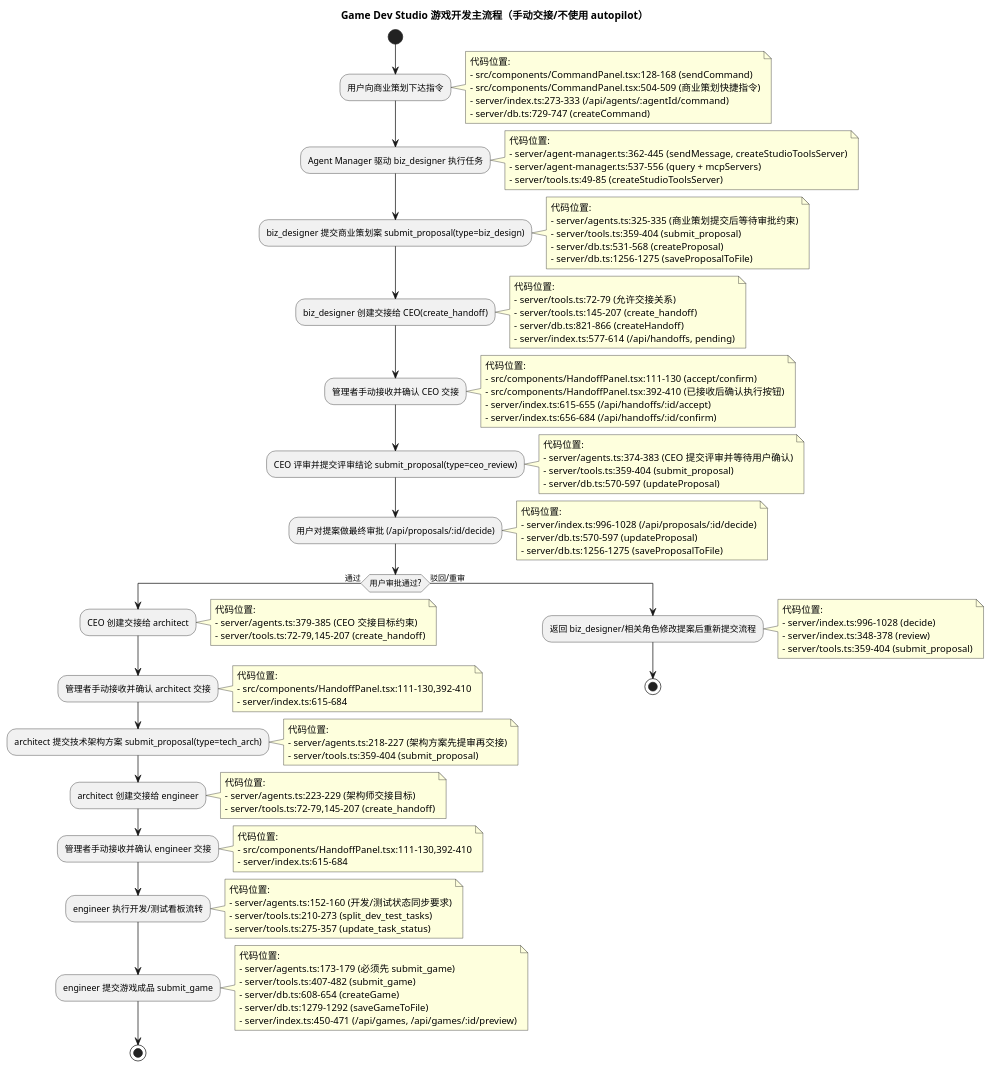
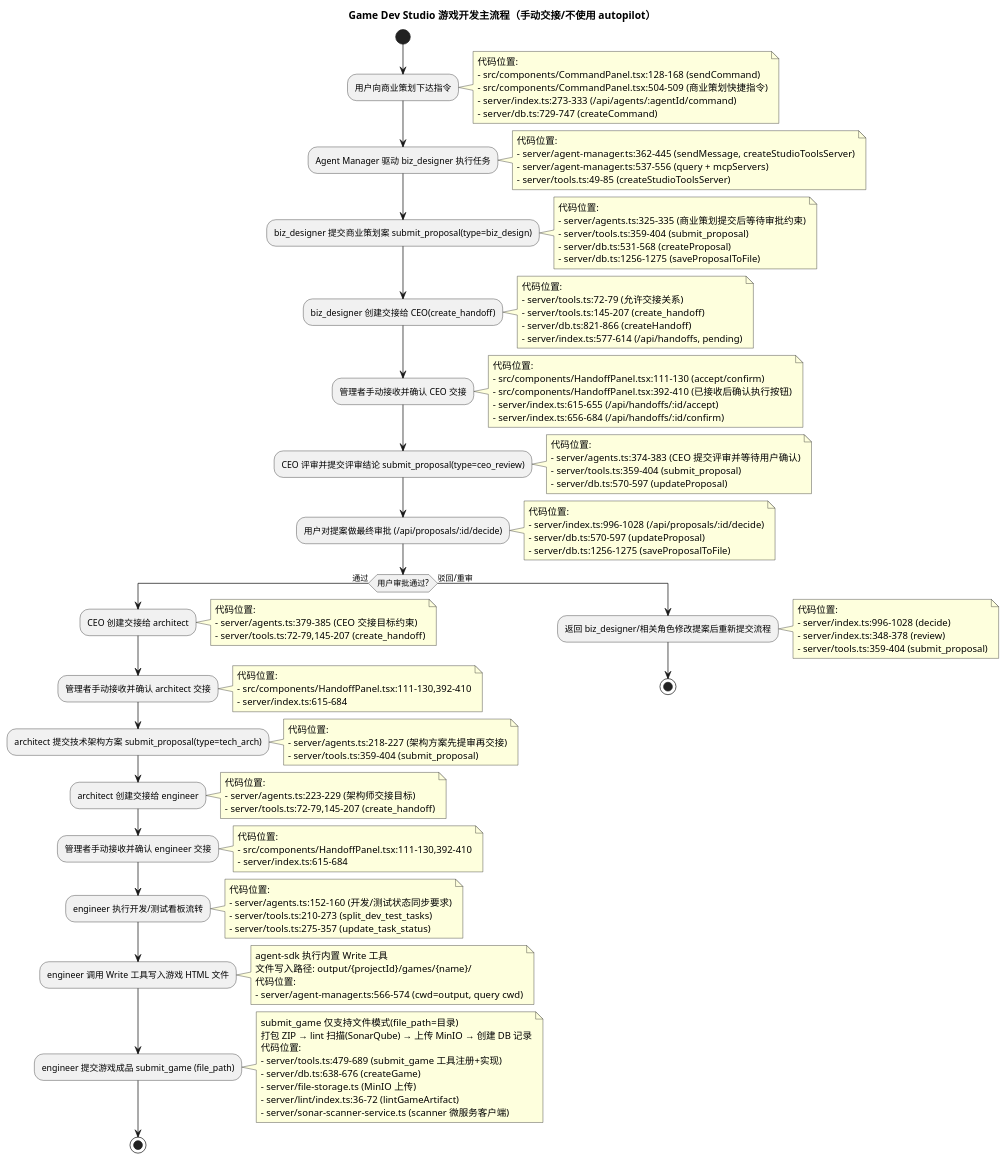
Before and after one commit to luoxiaojun1992/game-studio: the diagram in .agent/diagrams/game-dev-main-flow-manual-handoff.puml, drawn with PlantUML. The commit also changed 5 other files, not shown here.

Commit message:
docs: align architecture docs and diagrams with file-only submit_game and removed checkers

```diff
--- a/.agent/diagrams/game-dev-main-flow-manual-handoff.puml
+++ b/.agent/diagrams/game-dev-main-flow-manual-handoff.puml
@@ -1,132 +1,142 @@
 @startuml
 title Game Dev Studio 游戏开发主流程（手动交接/不使用 autopilot）
 
 start
 
 :用户向商业策划下达指令;
 note right
   代码位置:
   - src/components/CommandPanel.tsx:128-168 (sendCommand)
   - src/components/CommandPanel.tsx:504-509 (商业策划快捷指令)
   - server/index.ts:273-333 (/api/agents/:agentId/command)
   - server/db.ts:729-747 (createCommand)
 end note
 
 :Agent Manager 驱动 biz_designer 执行任务;
 note right
   代码位置:
   - server/agent-manager.ts:362-445 (sendMessage, createStudioToolsServer)
   - server/agent-manager.ts:537-556 (query + mcpServers)
   - server/tools.ts:49-85 (createStudioToolsServer)
 end note
 
 :biz_designer 提交商业策划案 submit_proposal(type=biz_design);
 note right
   代码位置:
   - server/agents.ts:325-335 (商业策划提交后等待审批约束)
   - server/tools.ts:359-404 (submit_proposal)
   - server/db.ts:531-568 (createProposal)
   - server/db.ts:1256-1275 (saveProposalToFile)
 end note
 
 :biz_designer 创建交接给 CEO(create_handoff);
 note right
   代码位置:
   - server/tools.ts:72-79 (允许交接关系)
   - server/tools.ts:145-207 (create_handoff)
   - server/db.ts:821-866 (createHandoff)
   - server/index.ts:577-614 (/api/handoffs, pending)
 end note
 
 :管理者手动接收并确认 CEO 交接;
 note right
   代码位置:
   - src/components/HandoffPanel.tsx:111-130 (accept/confirm)
   - src/components/HandoffPanel.tsx:392-410 (已接收后确认执行按钮)
   - server/index.ts:615-655 (/api/handoffs/:id/accept)
   - server/index.ts:656-684 (/api/handoffs/:id/confirm)
 end note
 
 :CEO 评审并提交评审结论 submit_proposal(type=ceo_review);
 note right
   代码位置:
   - server/agents.ts:374-383 (CEO 提交评审并等待用户确认)
   - server/tools.ts:359-404 (submit_proposal)
   - server/db.ts:570-597 (updateProposal)
 end note
 
 :用户对提案做最终审批 (/api/proposals/:id/decide);
 note right
   代码位置:
   - server/index.ts:996-1028 (/api/proposals/:id/decide)
   - server/db.ts:570-597 (updateProposal)
   - server/db.ts:1256-1275 (saveProposalToFile)
 end note
 
 if (用户审批通过?) then (通过)
   :CEO 创建交接给 architect;
   note right
     代码位置:
     - server/agents.ts:379-385 (CEO 交接目标约束)
     - server/tools.ts:72-79,145-207 (create_handoff)
   end note
 
   :管理者手动接收并确认 architect 交接;
   note right
     代码位置:
     - src/components/HandoffPanel.tsx:111-130,392-410
     - server/index.ts:615-684
   end note
 
   :architect 提交技术架构方案 submit_proposal(type=tech_arch);
   note right
     代码位置:
     - server/agents.ts:218-227 (架构方案先提审再交接)
     - server/tools.ts:359-404 (submit_proposal)
   end note
 
   :architect 创建交接给 engineer;
   note right
     代码位置:
     - server/agents.ts:223-229 (架构师交接目标)
     - server/tools.ts:72-79,145-207 (create_handoff)
   end note
 
   :管理者手动接收并确认 engineer 交接;
   note right
     代码位置:
     - src/components/HandoffPanel.tsx:111-130,392-410
     - server/index.ts:615-684
   end note
 
   :engineer 执行开发/测试看板流转;
   note right
     代码位置:
     - server/agents.ts:152-160 (开发/测试状态同步要求)
     - server/tools.ts:210-273 (split_dev_test_tasks)
     - server/tools.ts:275-357 (update_task_status)
   end note
 
-  :engineer 提交游戏成品 submit_game;
+  :engineer 调用 Write 工具写入游戏 HTML 文件;
   note right
+    agent-sdk 执行内置 Write 工具
+    文件写入路径: output/{projectId}/games/{name}/
     代码位置:
-    - server/agents.ts:173-179 (必须先 submit_game)
-    - server/tools.ts:407-482 (submit_game)
-    - server/db.ts:608-654 (createGame)
-    - server/db.ts:1279-1292 (saveGameToFile)
-    - server/index.ts:450-471 (/api/games, /api/games/:id/preview)
+    - server/agent-manager.ts:566-574 (cwd=output, query cwd)
+  end note
+
+  :engineer 提交游戏成品 submit_game (file_path);
+  note right
+    submit_game 仅支持文件模式(file_path=目录)
+    打包 ZIP → lint 扫描(SonarQube) → 上传 MinIO → 创建 DB 记录
+    代码位置:
+    - server/tools.ts:479-689 (submit_game 工具注册+实现)
+    - server/db.ts:638-676 (createGame)
+    - server/file-storage.ts (MinIO 上传)
+    - server/lint/index.ts:36-72 (lintGameArtifact)
+    - server/sonar-scanner-service.ts (scanner 微服务客户端)
   end note
 
   stop
 else (驳回/重审)
   :返回 biz_designer/相关角色修改提案后重新提交流程;
   note right
     代码位置:
     - server/index.ts:996-1028 (decide)
     - server/index.ts:348-378 (review)
     - server/tools.ts:359-404 (submit_proposal)
   end note
   stop
 endif
 
 @enduml
```
